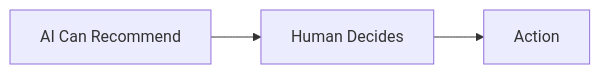
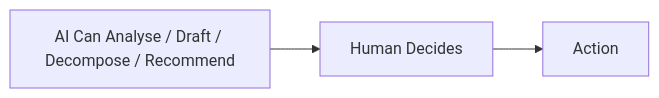
Before and after one commit to dawnluma/ai-dev-workflow: the sixth of 15 diagrams in README.md, drawn with Mermaid. The commit also changed other lines of this file and 13 other files, not shown here.

````diff
--- a/README.md
+++ b/README.md
@@ -394,5 +467,5 @@
 ```mermaid
 flowchart LR
-    A[AI Can Recommend] --> B[Human Decides]
+    A[AI Can Analyse / Draft / Decompose / Recommend] --> B[Human Decides]
     B --> C[Action]
 ```
````
